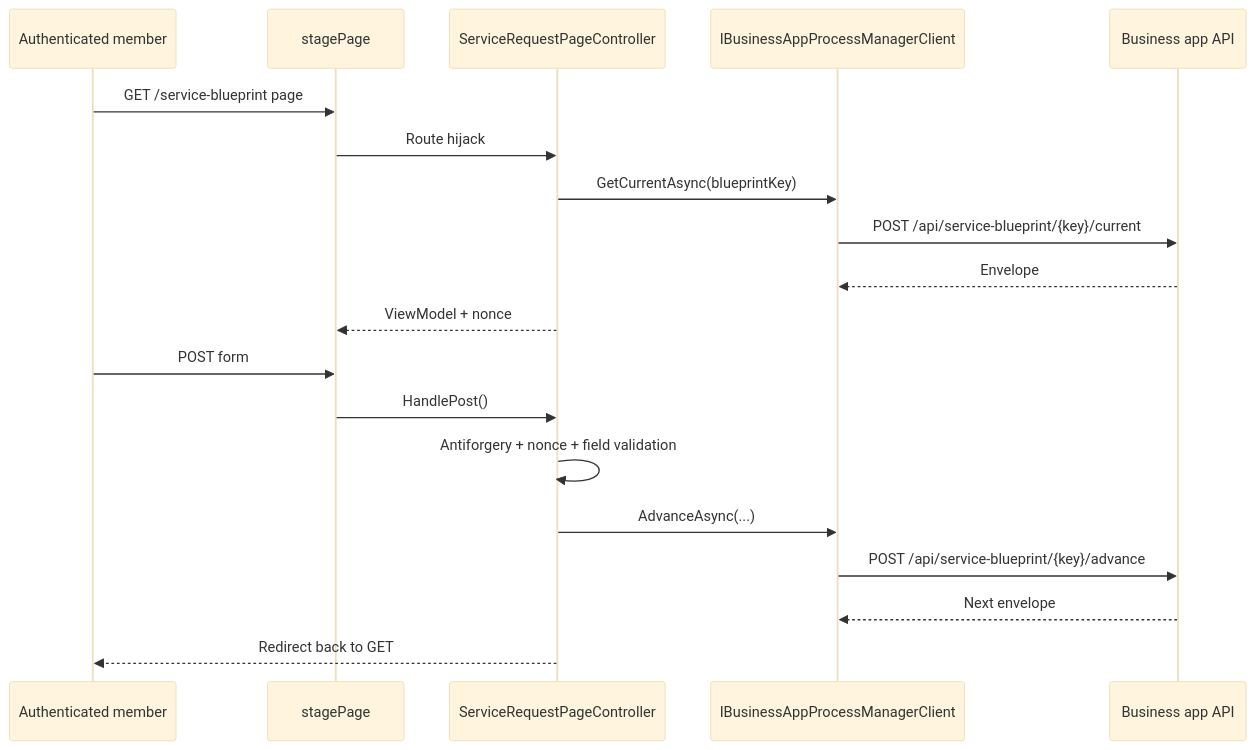
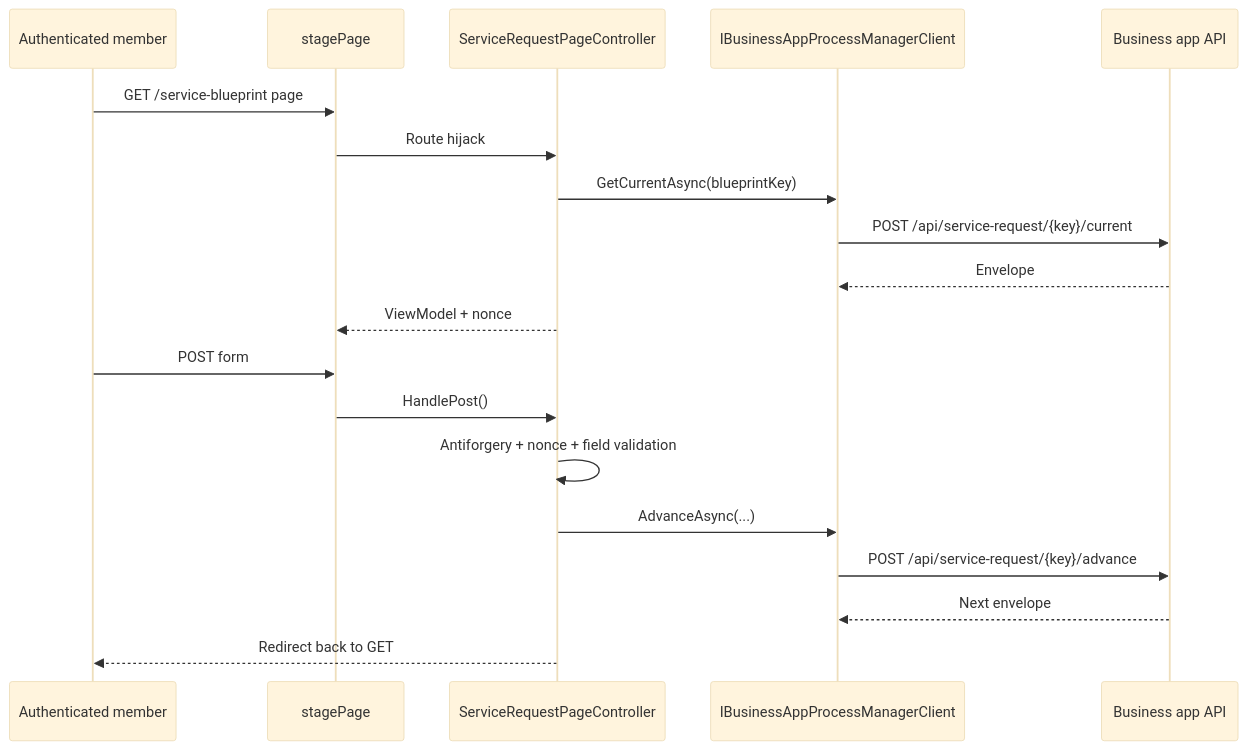
The diagram in docs/design/service-request-forms-engine-umbraco.md (jonnymuir/Umbraco.Prism), drawn with Mermaid (base theme) before and after one commit. The commit also changed other lines of this file and 2 other files, not shown here.

````diff
--- a/docs/design/service-request-forms-engine-umbraco.md
+++ b/docs/design/service-request-forms-engine-umbraco.md
@@ -99,22 +99,22 @@
 ```mermaid
 sequenceDiagram
     participant Member as Authenticated member
     participant Page as stagePage
     participant Controller as ServiceRequestPageController
     participant Client as IBusinessAppProcessManagerClient
     participant API as Business app API
 
     Member->>Page: GET /service-blueprint page
     Page->>Controller: Route hijack
     Controller->>Client: GetCurrentAsync(blueprintKey)
-    Client->>API: POST /api/service-blueprint/{key}/current
+    Client->>API: POST /api/service-request/{key}/current
     API-->>Client: Envelope
     Controller-->>Page: ViewModel + nonce
     Member->>Page: POST form
     Page->>Controller: HandlePost()
     Controller->>Controller: Antiforgery + nonce + field validation
     Controller->>Client: AdvanceAsync(...)
-    Client->>API: POST /api/service-blueprint/{key}/advance
+    Client->>API: POST /api/service-request/{key}/advance
     API-->>Client: Next envelope
     Controller-->>Member: Redirect back to GET
 ```
````
